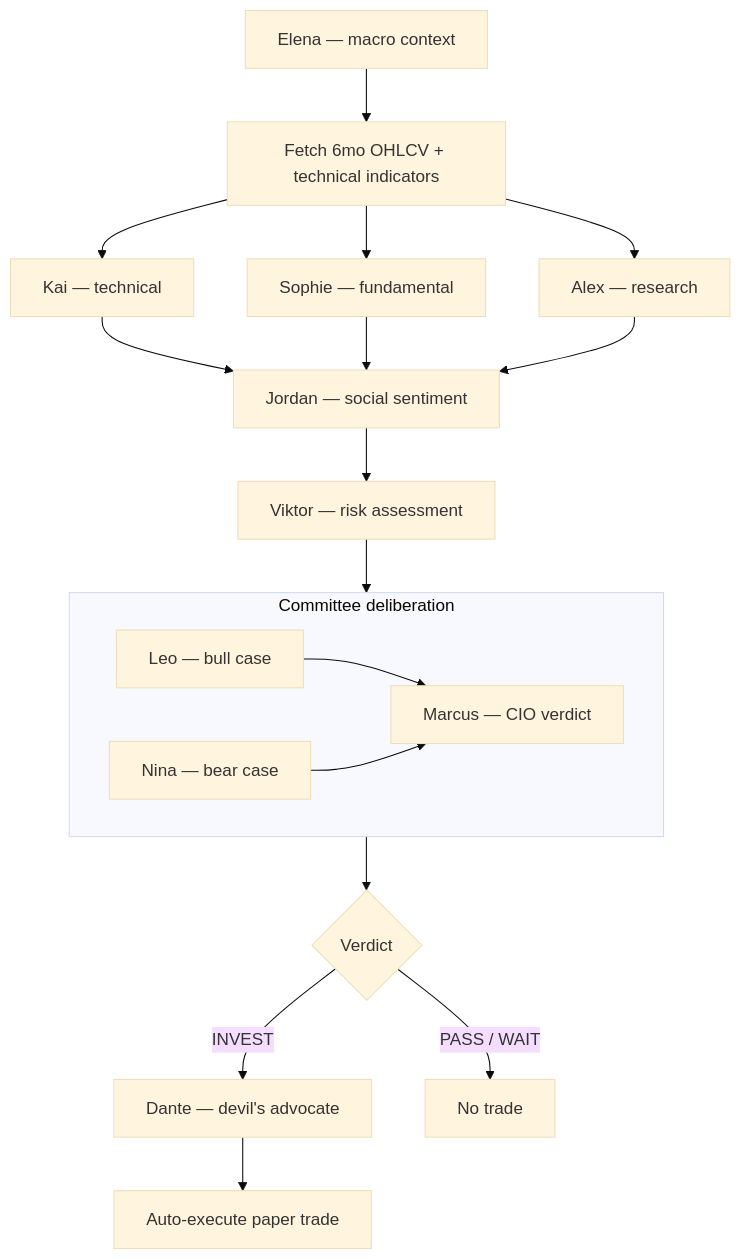
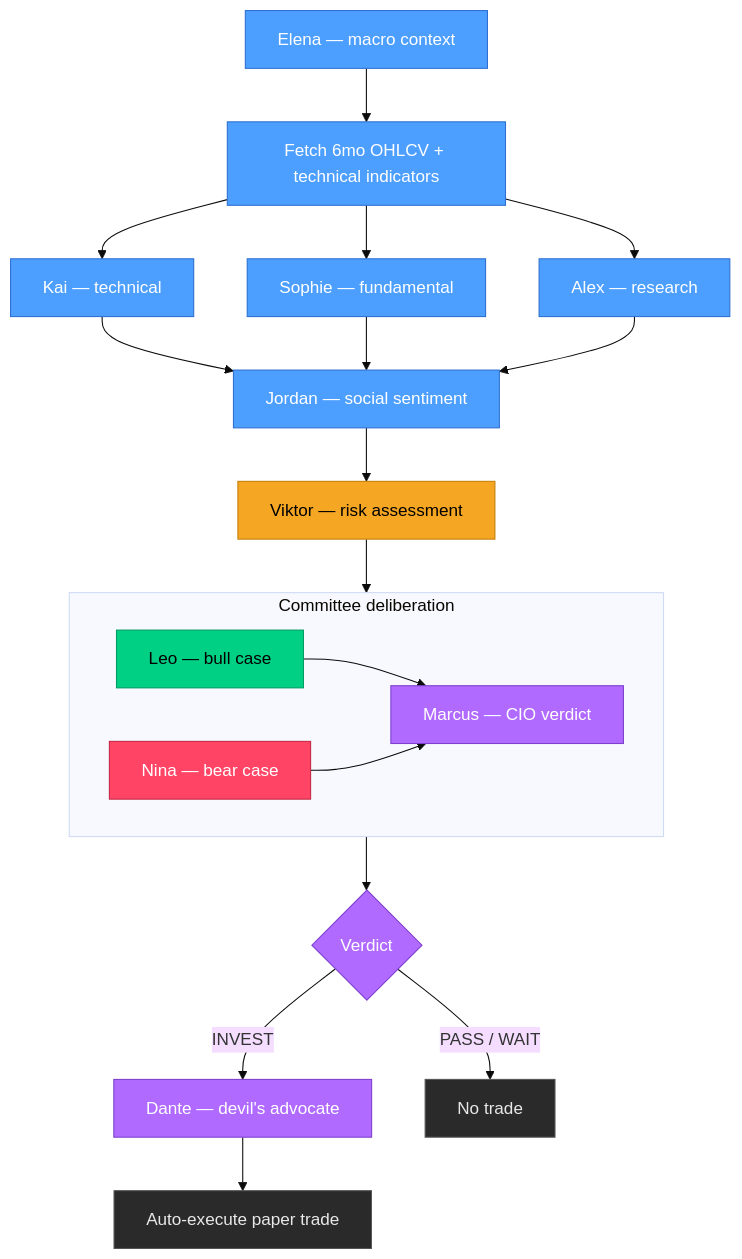
Before and after one commit to Nikros07/Apex-Capital: the first of 2 diagrams in README.md, drawn with Mermaid (base theme). The commit also changed other lines of this file, not shown here.

First line of the commit message:
docs: polish GitHub README with badges and colored diagrams

````diff
--- a/README.md
+++ b/README.md
@@ -34,21 +40,35 @@
 ```mermaid
 flowchart TD
     A[Elena — macro context] --> B[Fetch 6mo OHLCV + technical indicators]
     B --> C1[Kai — technical]
     B --> C2[Sophie — fundamental]
     B --> C3[Alex — research]
     C1 & C2 & C3 --> D[Jordan — social sentiment]
     D --> E[Viktor — risk assessment]
     E --> F[Committee deliberation]
 
     subgraph F [Committee deliberation]
         direction LR
         F1[Leo — bull case] --> F3[Marcus — CIO verdict]
         F2[Nina — bear case] --> F3
     end
 
     F --> G{Verdict}
     G -->|INVEST| H[Dante — devil's advocate]
     G -->|PASS / WAIT| Z[No trade]
     H --> I[Auto-execute paper trade]
+
+    classDef research fill:#4d9fff,stroke:#2d6fd0,color:#fff
+    classDef risk fill:#f5a623,stroke:#c47f0a,color:#000
+    classDef bull fill:#00d084,stroke:#009e63,color:#000
+    classDef bear fill:#ff4466,stroke:#c22843,color:#fff
+    classDef verdict fill:#b06aff,stroke:#7d3fcc,color:#fff
+    classDef neutral fill:#2a2a2a,stroke:#555,color:#e8e8e8
+
+    class A,B,C1,C2,C3,D research
+    class E risk
+    class F1 bull
+    class F2 bear
+    class F3,G,H verdict
+    class Z,I neutral
 ```
````
